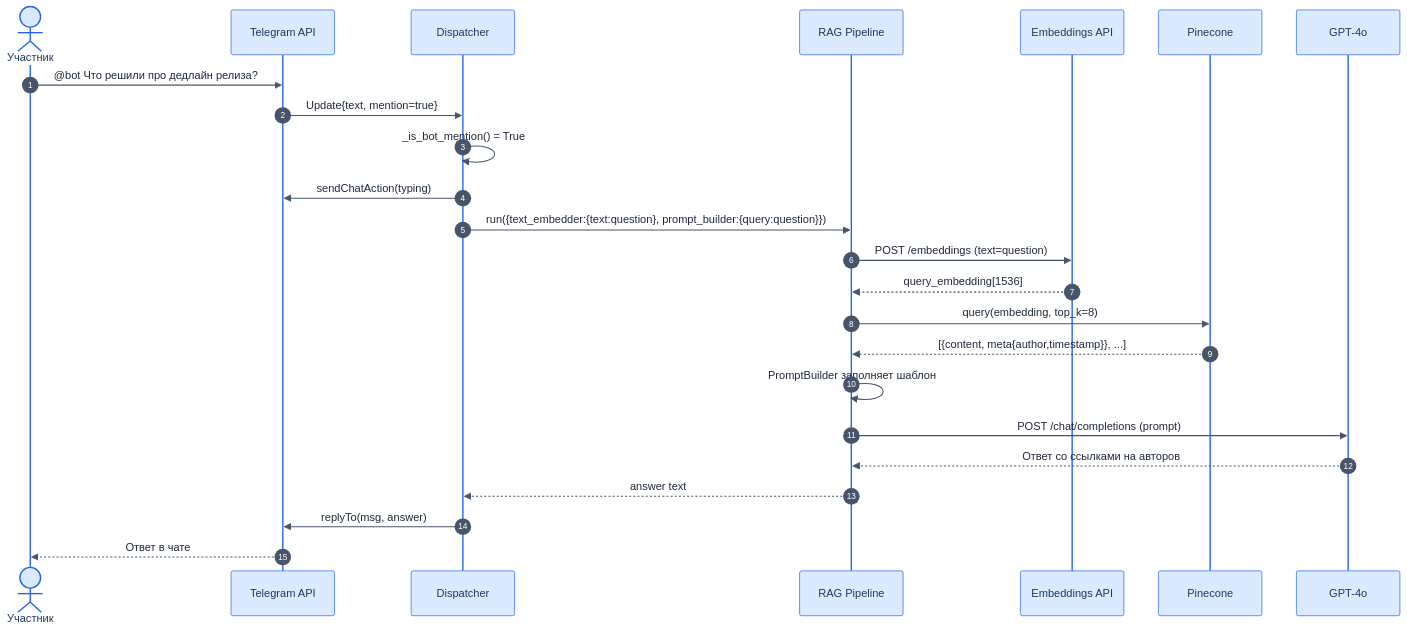
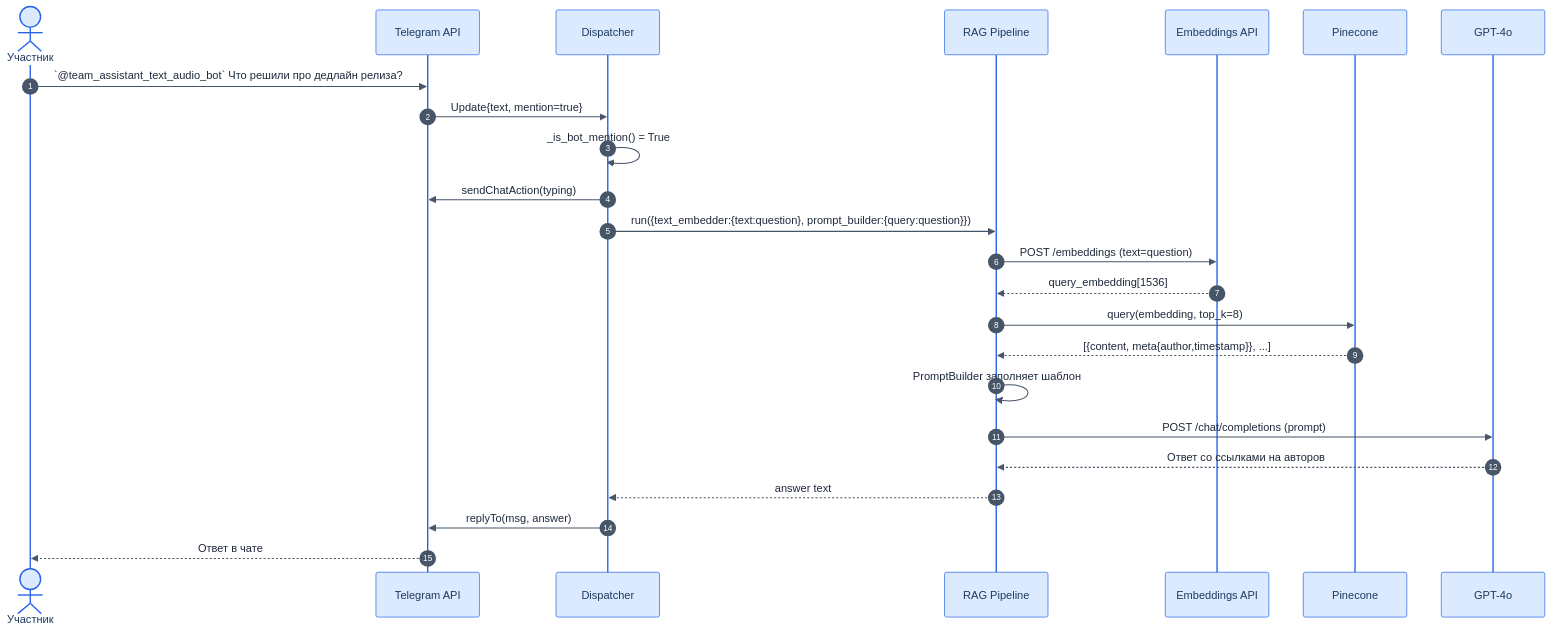
Before and after one commit to MatveiV/Team-Assistant-Telegram-Bot: the fifth of 9 diagrams in README.md, drawn with Mermaid. The commit also changed other lines of this file, not shown here.

Commit message:
Update bot mention format in README.md

````diff
--- a/README.md
+++ b/README.md
@@ -260,33 +260,33 @@
 ```mermaid
 %%{init: {'theme': 'base', 'themeVariables': {'background': '#ffffff', 'primaryColor': '#dbeafe', 'primaryTextColor': '#1e3a5f', 'primaryBorderColor': '#2563eb', 'lineColor': '#475569', 'signalColor': '#475569', 'signalTextColor': '#1e293b', 'labelBoxBkgColor': '#dbeafe', 'labelBoxBorderColor': '#3b82f6', 'labelTextColor': '#1e3a5f', 'loopTextColor': '#1e3a5f', 'noteBkgColor': '#fefce8', 'noteTextColor': '#713f12', 'noteBorderColor': '#ca8a04', 'activationBkgColor': '#eff6ff', 'activationBorderColor': '#3b82f6', 'sequenceNumberColor': '#ffffff'}}}%%
 sequenceDiagram
     autonumber
     actor User as Участник
     participant TG as Telegram API
     participant Disp as Dispatcher
     participant RAG as RAG Pipeline
     participant Embed as Embeddings API
     participant PC as Pinecone
     participant GPT as GPT-4o
 
-    User->>TG: @bot Что решили про дедлайн релиза?
+    User->>TG: `@team_assistant_text_audio_bot` Что решили про дедлайн релиза?
     TG->>Disp: Update{text, mention=true}
     Disp->>Disp: _is_bot_mention() = True
     Disp->>TG: sendChatAction(typing)
 
     Disp->>RAG: run({text_embedder:{text:question}, prompt_builder:{query:question}})
     RAG->>Embed: POST /embeddings (text=question)
     Embed-->>RAG: query_embedding[1536]
 
     RAG->>PC: query(embedding, top_k=8)
     PC-->>RAG: [{content, meta{author,timestamp}}, ...]
 
     RAG->>RAG: PromptBuilder заполняет шаблон
 
     RAG->>GPT: POST /chat/completions (prompt)
     GPT-->>RAG: Ответ со ссылками на авторов
 
     RAG-->>Disp: answer text
     Disp->>TG: replyTo(msg, answer)
     TG-->>User: Ответ в чате
 ```
````
